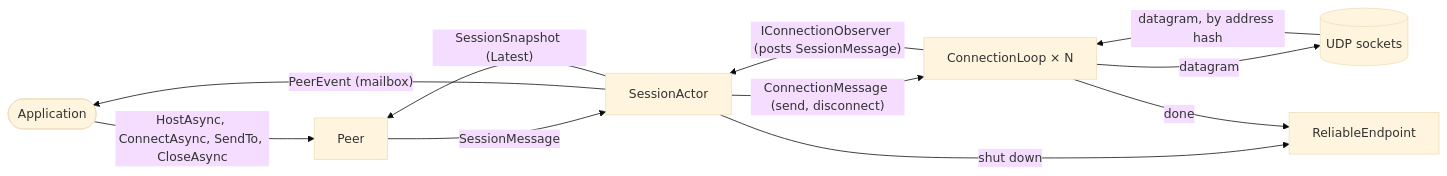
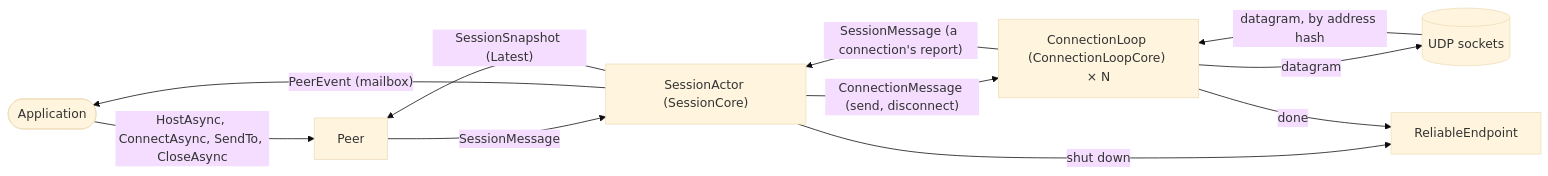
Before and after one commit to ycanardeau/OpenNSPW: the first of 2 diagrams in Otsuki/Aigamo.Otsuki/README.md, drawn with Mermaid (base theme). The commit also changed other lines of this file and 1 other file, not shown here.

Commit message:
Describe in Otsuki's README the core and the shell that runs it

````diff
--- a/Otsuki/Aigamo.Otsuki/README.md
+++ b/Otsuki/Aigamo.Otsuki/README.md
@@ -119,13 +129,13 @@
 ```mermaid
 flowchart LR
 	App([Application]) -- "HostAsync, ConnectAsync, SendTo, CloseAsync" --> Peer
-	Peer -- SessionMessage --> Session[SessionActor]
+	Peer -- SessionMessage --> Session["SessionActor (SessionCore)"]
 	Session -- "PeerEvent (mailbox)" --> App
 	Session -- "SessionSnapshot (Latest)" --> Peer
-	Session -- "ConnectionMessage (send, disconnect)" --> Loop[ConnectionLoop × N]
-	Loop -- "IConnectionObserver (posts SessionMessage)" --> Session
+	Session -- "ConnectionMessage (send, disconnect)" --> Loop["ConnectionLoop (ConnectionLoopCore) × N"]
+	Loop -- "SessionMessage (a connection's report)" --> Session
 	Socket[(UDP sockets)] -- "datagram, by address hash" --> Loop
 	Loop -- datagram --> Socket
 	Session -- "shut down" --> Endpoint[ReliableEndpoint]
 	Loop -- "done" --> Endpoint
 ```
````
